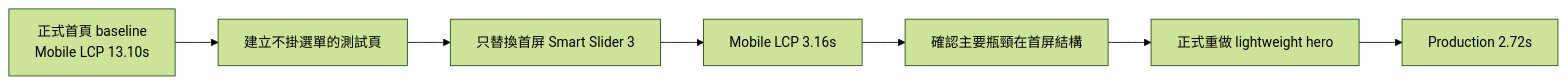
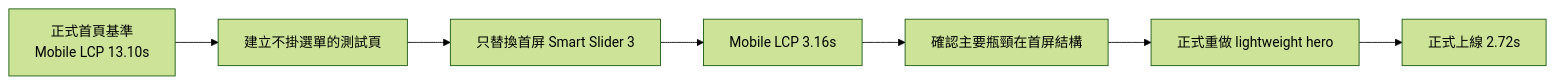
Before and after one commit to minxinchen/claude-cross-platform-workspace: the second of 2 diagrams in docs/methods.md, drawn with Mermaid (forest theme). The commit also changed other lines of this file, not shown here.

````diff
--- a/docs/methods.md
+++ b/docs/methods.md
@@ -101,9 +101,9 @@
 ```mermaid
 flowchart LR
-    A[正式首頁 baseline\nMobile LCP 13.10s] --> B[建立不掛選單的測試頁]
+    A[正式首頁基準\nMobile LCP 13.10s] --> B[建立不掛選單的測試頁]
     B --> C[只替換首屏 Smart Slider 3]
     C --> D[Mobile LCP 3.16s]
     D --> E[確認主要瓶頸在首屏結構]
     E --> F[正式重做 lightweight hero]
-    F --> G[Production 2.72s]
+    F --> G[正式上線 2.72s]
 ```
````
